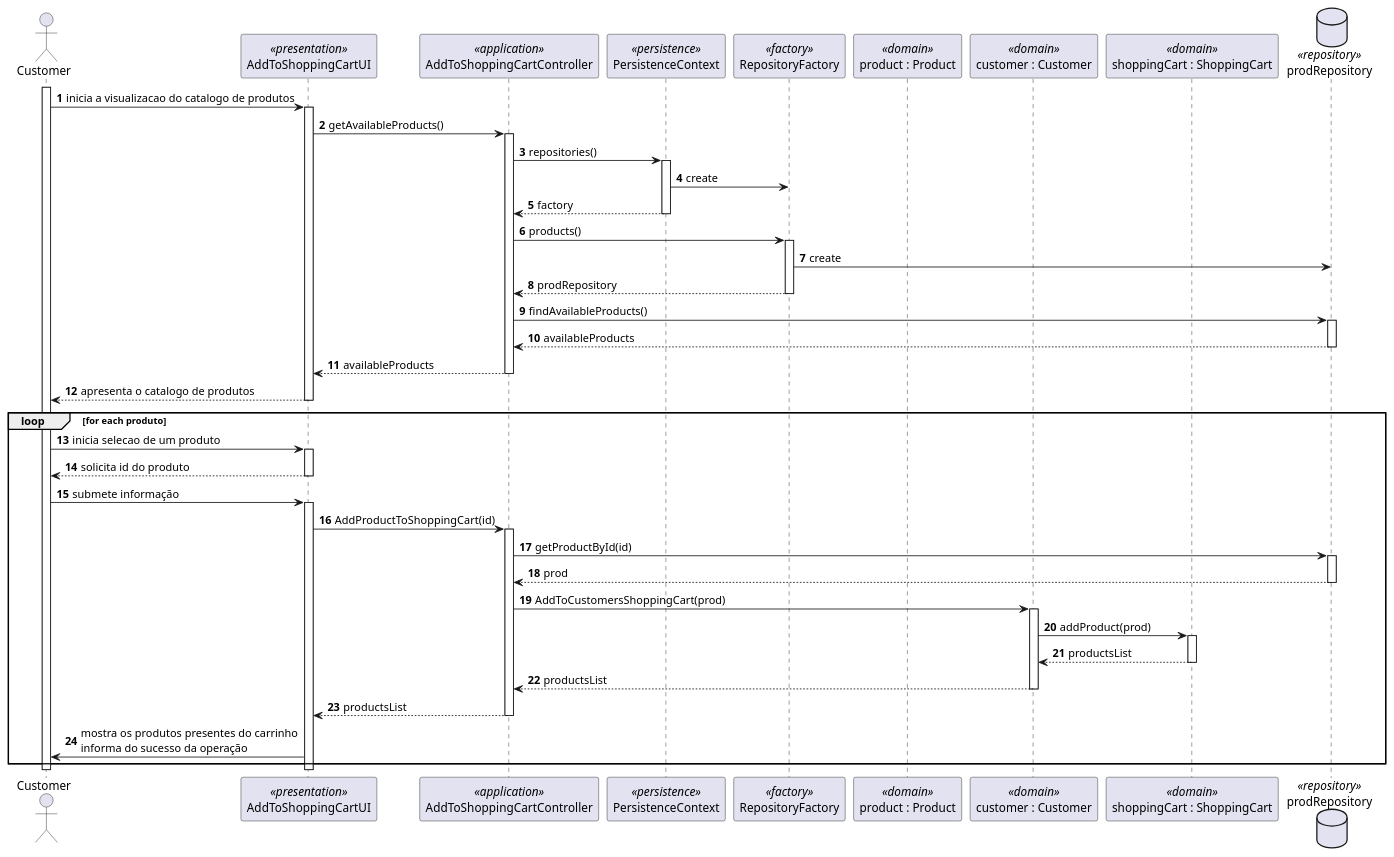
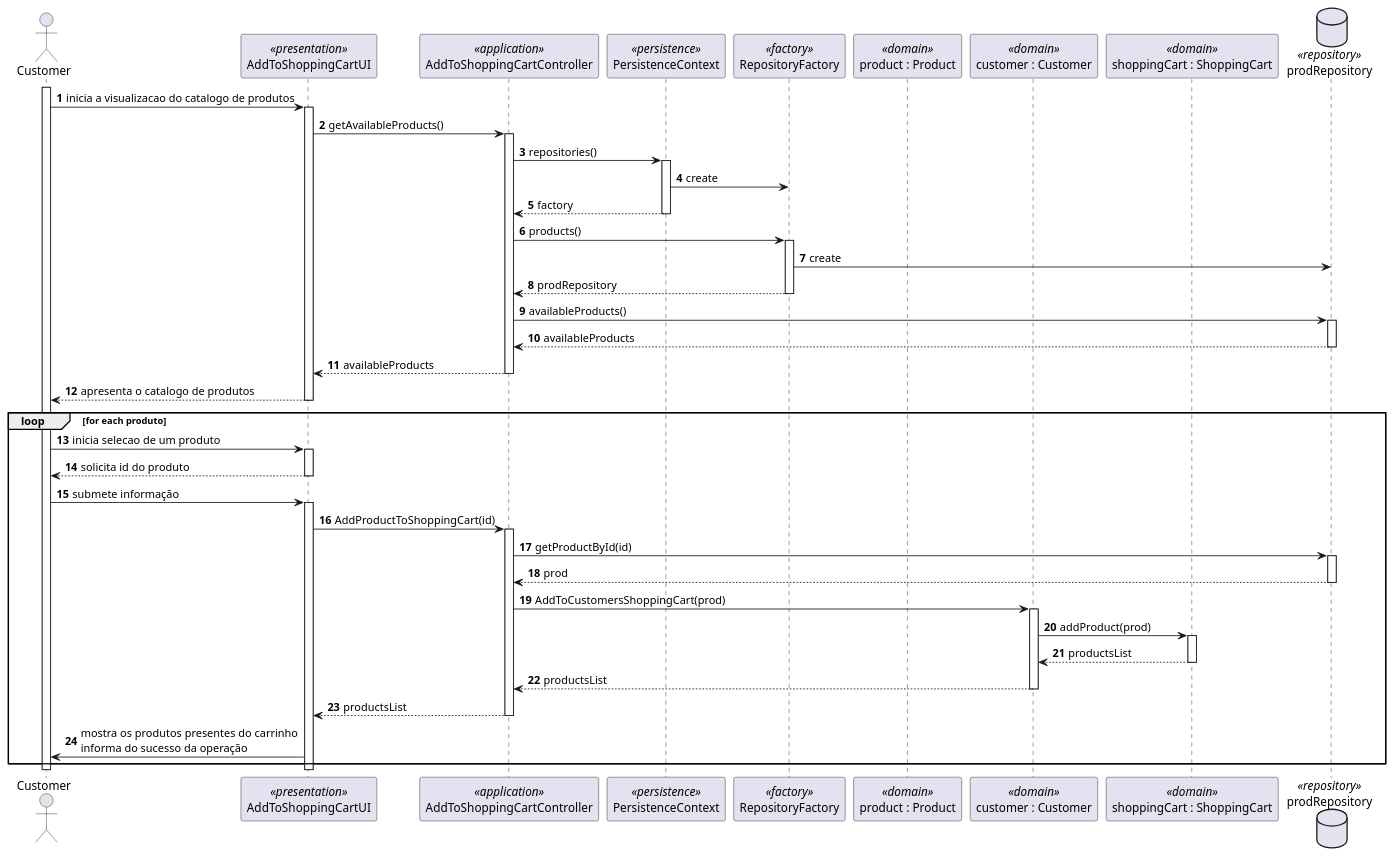
Before and after one commit to 1190772/LAB-Project-4: the diagram in Documentação/1190679/US1501/1501_SD.puml, drawn with PlantUML. The commit also changed 1 other file, not shown here.

```diff
--- a/Documentação/1190679/US1501/1501_SD.puml
+++ b/Documentação/1190679/US1501/1501_SD.puml
@@ -1,66 +1,66 @@
 @startuml
 autonumber
 actor "Customer" as C
 participant "AddToShoppingCartUI" as UI <<presentation>>
 participant "AddToShoppingCartController" as CTRL <<application>>
 participant PersistenceContext as PER <<persistence>>
 participant "RepositoryFactory" as REPOFACT <<factory>>
 participant "product : Product" as PROD <<domain>>
 participant "customer : Customer" as CUST <<domain>>
 participant "shoppingCart : ShoppingCart" as SC <<domain>>
 database "prodRepository" as prodREPO <<repository>>
 
 
 
 activate C
 C -> UI : inicia a visualizacao do catalogo de produtos
 activate UI
 UI -> CTRL : getAvailableProducts()
 activate CTRL
 CTRL -> PER : repositories()
 activate PER
 PER -> REPOFACT : create
 PER --> CTRL : factory
 deactivate PER
 CTRL -> REPOFACT : products()
 activate REPOFACT
 REPOFACT -> prodREPO : create
 REPOFACT --> CTRL : prodRepository
 deactivate REPOFACT
-CTRL -> prodREPO : findAvailableProducts()
+CTRL -> prodREPO : availableProducts()
 activate prodREPO
 prodREPO --> CTRL : availableProducts
 deactivate prodREPO
 CTRL --> UI : availableProducts
 deactivate CTRL
 UI --> C : apresenta o catalogo de produtos
 deactivate UI
 loop for each produto
 C -> UI : inicia selecao de um produto
 activate UI
 UI --> C : solicita id do produto
 deactivate UI
 C -> UI : submete informação
 activate UI
 UI -> CTRL : AddProductToShoppingCart(id)
 activate CTRL
 CTRL -> prodREPO : getProductById(id)
 activate prodREPO
 prodREPO --> CTRL : prod
 deactivate prodREPO
 CTRL -> CUST : AddToCustomersShoppingCart(prod)
 activate CUST
 CUST -> SC : addProduct(prod)
 activate SC
 SC --> CUST : productsList
 deactivate SC
 CUST --> CTRL : productsList
 deactivate CUST
 CTRL --> UI : productsList
 deactivate CTRL
 UI -> C : mostra os produtos presentes do carrinho\ninforma do sucesso da operação
 end
 deactivate UI
 deactivate C
 
 @enduml
```
